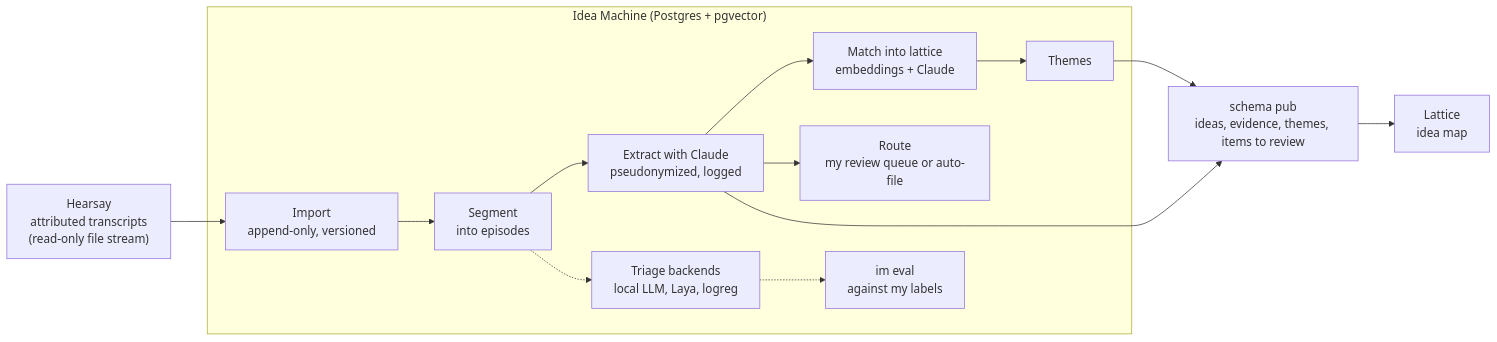
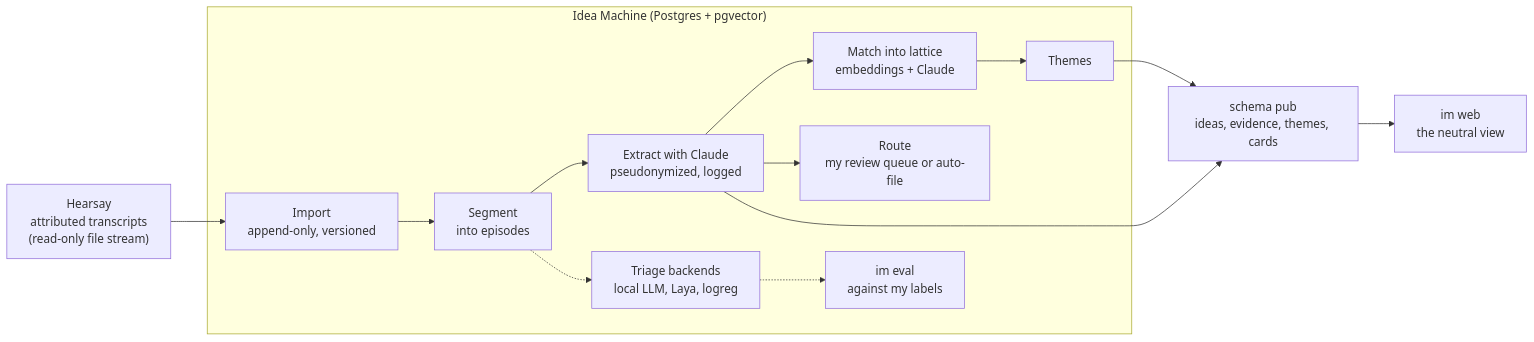
Before and after one commit to junglestyle/ideamachine: the diagram in README.md, drawn with Mermaid. The commit also changed other lines of this file and 36 other files, not shown here.

Commit message:
Lattice leaves the deploy: its service, tunnel and MCP listener go; the web view gets its own env names (role stays lattice_app); migration 058 drops what only Lattice read

````diff
--- a/README.md
+++ b/README.md
@@ -26,18 +25,18 @@
 ```mermaid
 flowchart LR
     H["Hearsay<br/>attributed transcripts<br/>(read-only file stream)"] --> I
 
     subgraph IM["Idea Machine (Postgres + pgvector)"]
         I["Import<br/>append-only, versioned"] --> S["Segment<br/>into episodes"]
         S --> X["Extract with Claude<br/>pseudonymized, logged"]
         X --> M["Match into lattice<br/>embeddings + Claude"]
         M --> T["Themes"]
         X --> R["Route<br/>my review queue or auto-file"]
         S -.-> TR["Triage backends<br/>local LLM, Laya, logreg"]
         TR -.-> EV["im eval<br/>against my labels"]
     end
 
-    T --> P["schema pub<br/>ideas, evidence, themes, items to review"]
+    T --> P["schema pub<br/>ideas, evidence, themes, cards"]
     X --> P
-    P --> L["Lattice<br/>idea map"]
+    P --> L["im web<br/>the neutral view"]
 ```
````
